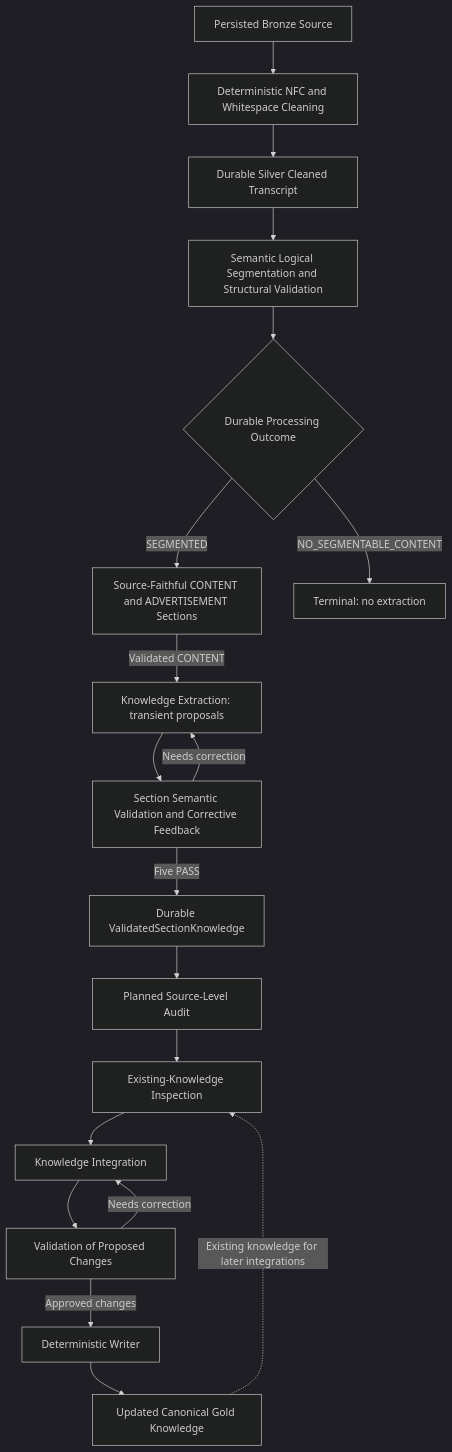
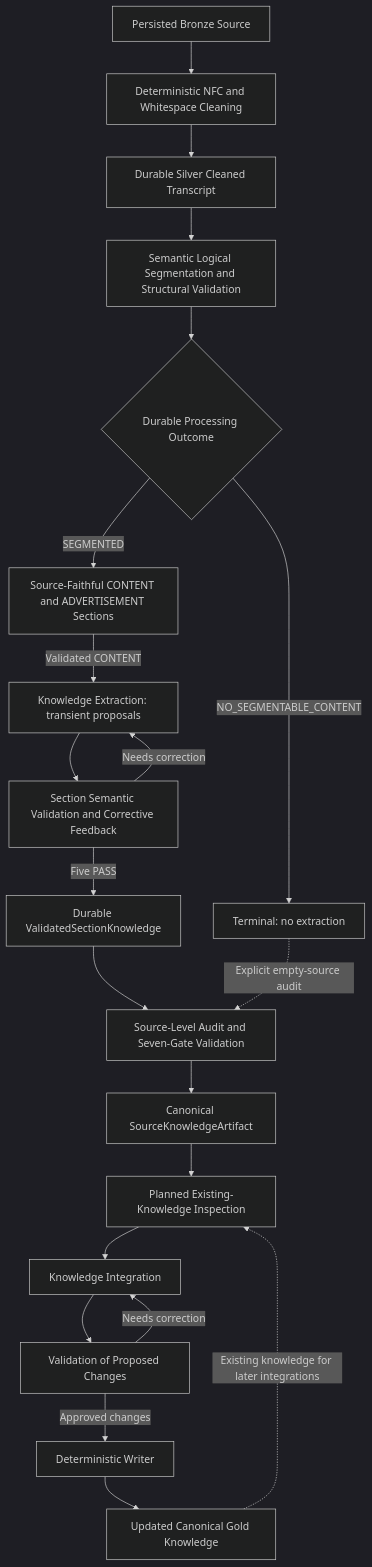
Before and after one commit to alexander-rewitzer/league-knowledge-platform: the second of 4 diagrams in docs/architecture.md, drawn with Mermaid (dark theme). The commit also changed other lines of this file and 21 other files, not shown here.

Commit message:
Add source-level knowledge audit and canonical artifacts

````diff
--- a/docs/architecture.md
+++ b/docs/architecture.md
@@ -76,21 +78,23 @@
 ```mermaid
 flowchart TD
     S["Persisted Bronze Source"] --> B["Deterministic NFC and Whitespace Cleaning"]
     B --> SC["Durable Silver Cleaned Transcript"]
     SC --> LS["Semantic Logical Segmentation and Structural Validation"]
     LS --> SR{"Durable Processing Outcome"}
     SR -- SEGMENTED --> SS["Source-Faithful CONTENT and ADVERTISEMENT Sections"]
     SR -- NO_SEGMENTABLE_CONTENT --> NS["Terminal: no extraction"]
     SS -- "Validated CONTENT" --> E["Knowledge Extraction: transient proposals"]
     E --> V["Section Semantic Validation and Corrective Feedback"]
     V -- "Needs correction" --> E
     V -- "Five PASS" --> CP["Durable ValidatedSectionKnowledge"]
-    CP --> AU["Planned Source-Level Audit"]
-    AU --> K["Existing-Knowledge Inspection"]
+    CP --> AU["Source-Level Audit and Seven-Gate Validation"]
+    AU --> SK["Canonical SourceKnowledgeArtifact"]
+    NS -. "Explicit empty-source audit" .-> AU
+    SK --> K["Planned Existing-Knowledge Inspection"]
     K --> I["Knowledge Integration"]
     I --> A["Validation of Proposed Changes"]
     A -- "Needs correction" --> I
     A -- "Approved changes" --> W["Deterministic Writer"]
     W --> G["Updated Canonical Gold Knowledge"]
     G -. "Existing knowledge for later integrations" .-> K
 ```
````
